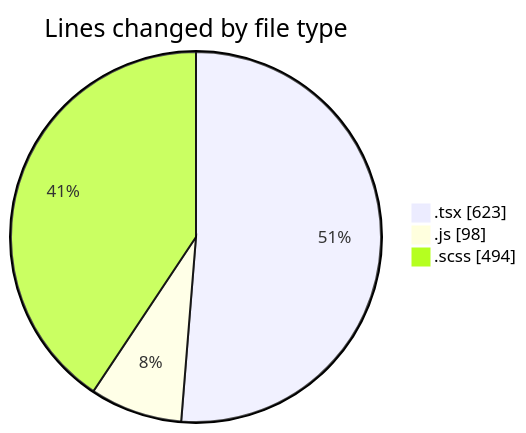
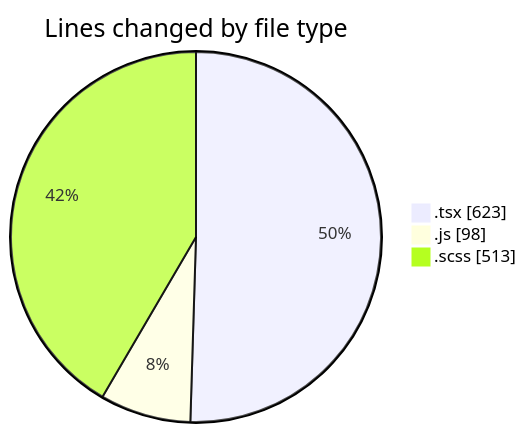
Before and after one commit to momahboobian/code-tracking: the first of 2 diagrams in 2025-03-31/cda/README.md, drawn with Mermaid. The commit also changed other lines of this file and 1 other file, not shown here.

````diff
--- a/2025-03-31/cda/README.md
+++ b/2025-03-31/cda/README.md
@@ -27,7 +28,7 @@
 ```mermaid
 pie showData
 title Lines changed by file type
 ".tsx" : 623
 ".js" : 98
-".scss" : 494
+".scss" : 513
 ```
````
